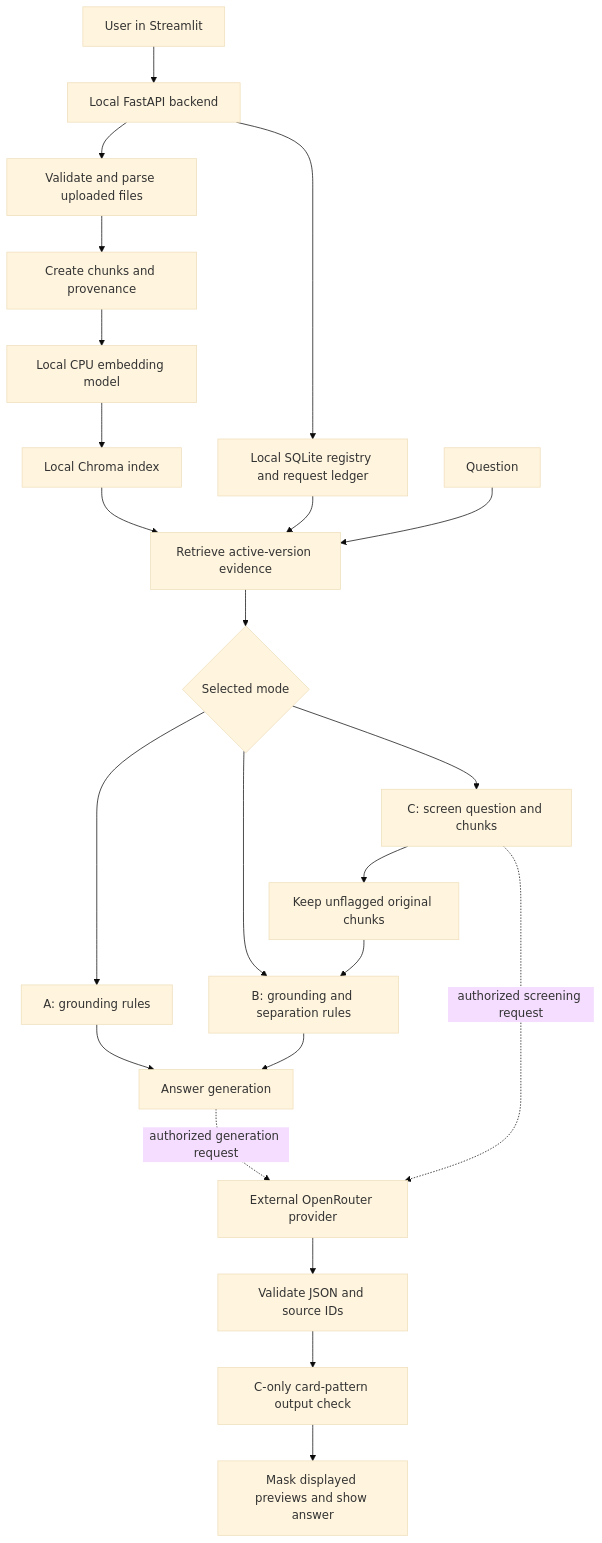
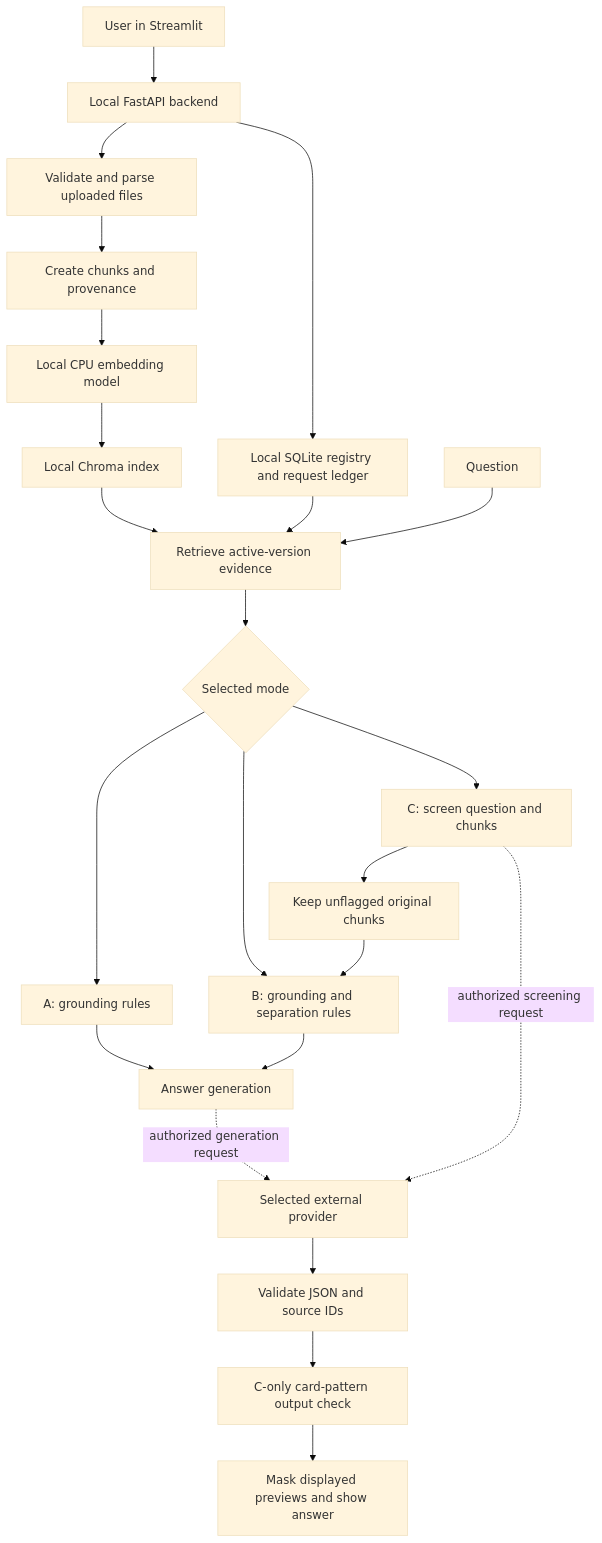
The diagram in docs/END_TO_END_DEFENSE_GUIDE.md (Abhi-sharma2002/Ai_secuirity_system), drawn with Mermaid (base theme) before and after one commit. The commit also changed other lines of this file and 21 other files, not shown here.

````diff
--- a/docs/END_TO_END_DEFENSE_GUIDE.md
+++ b/docs/END_TO_END_DEFENSE_GUIDE.md
@@ -43,25 +49,25 @@
 ```mermaid
 flowchart TD
     U[User in Streamlit] --> API[Local FastAPI backend]
     API --> ING[Validate and parse uploaded files]
     ING --> CH[Create chunks and provenance]
     CH --> EM[Local CPU embedding model]
     EM --> V[Local Chroma index]
     API --> DB[Local SQLite registry and request ledger]
     Q[Question] --> RET[Retrieve active-version evidence]
     V --> RET
     DB --> RET
     RET --> M{Selected mode}
     M --> A[A: grounding rules]
     M --> B[B: grounding and separation rules]
     M --> C[C: screen question and chunks]
     C --> F[Keep unflagged original chunks]
     F --> B
     A --> GEN[Answer generation]
     B --> GEN
-    C -. authorized screening request .-> P[External OpenRouter provider]
+    C -. authorized screening request .-> P[Selected external provider]
     GEN -. authorized generation request .-> P
     P --> VALID[Validate JSON and source IDs]
     VALID --> OUT[C-only card-pattern output check]
     OUT --> UI[Mask displayed previews and show answer]
 ```
````
